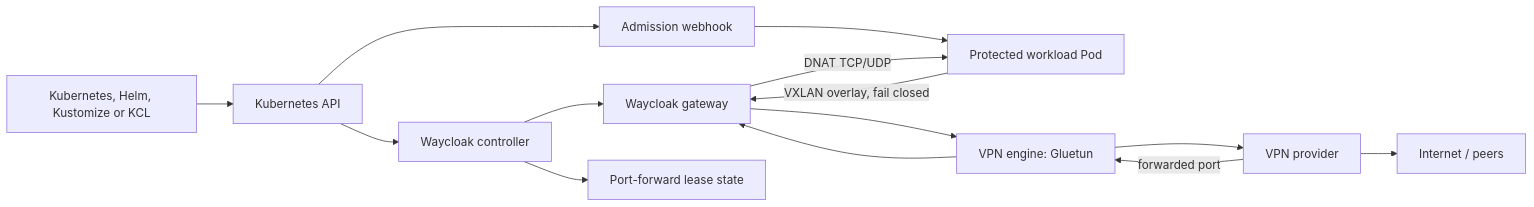
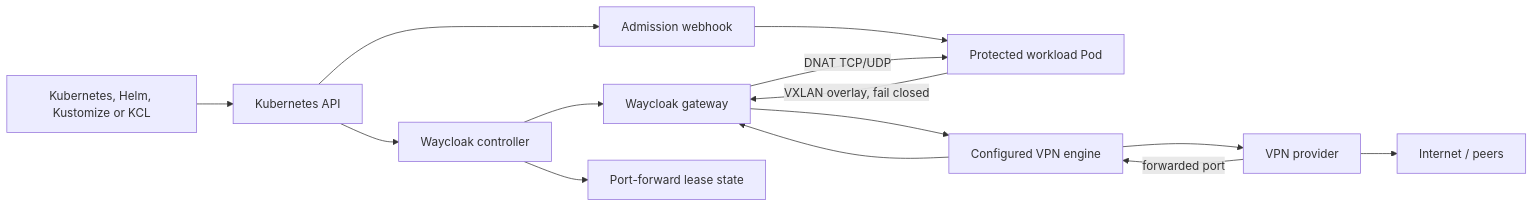
The first of 2 diagrams in docs/architecture/architecture.md (Amoenus/waycloak), drawn with Mermaid before and after one commit. The commit also changed other lines of this file and 11 other files, not shown here.

````diff
--- a/docs/architecture/architecture.md
+++ b/docs/architecture/architecture.md
@@ -7,16 +7,16 @@
 ```mermaid
 flowchart LR
     Author["Kubernetes, Helm, Kustomize or KCL"] --> API["Kubernetes API"]
     API --> Controller["Waycloak controller"]
     API --> Webhook["Admission webhook"]
     Webhook --> Pod["Protected workload Pod"]
     Controller --> Gateway["Waycloak gateway"]
     Controller --> Lease["Port-forward lease state"]
     Pod -->|"VXLAN overlay, fail closed"| Gateway
-    Gateway --> Engine["VPN engine: Gluetun"]
+    Gateway --> Engine["Configured VPN engine"]
     Engine --> Provider["VPN provider"]
     Provider --> Internet["Internet / peers"]
     Provider -->|"forwarded port"| Engine
     Engine --> Gateway
     Gateway -->|"DNAT TCP/UDP"| Pod
 ```
````
